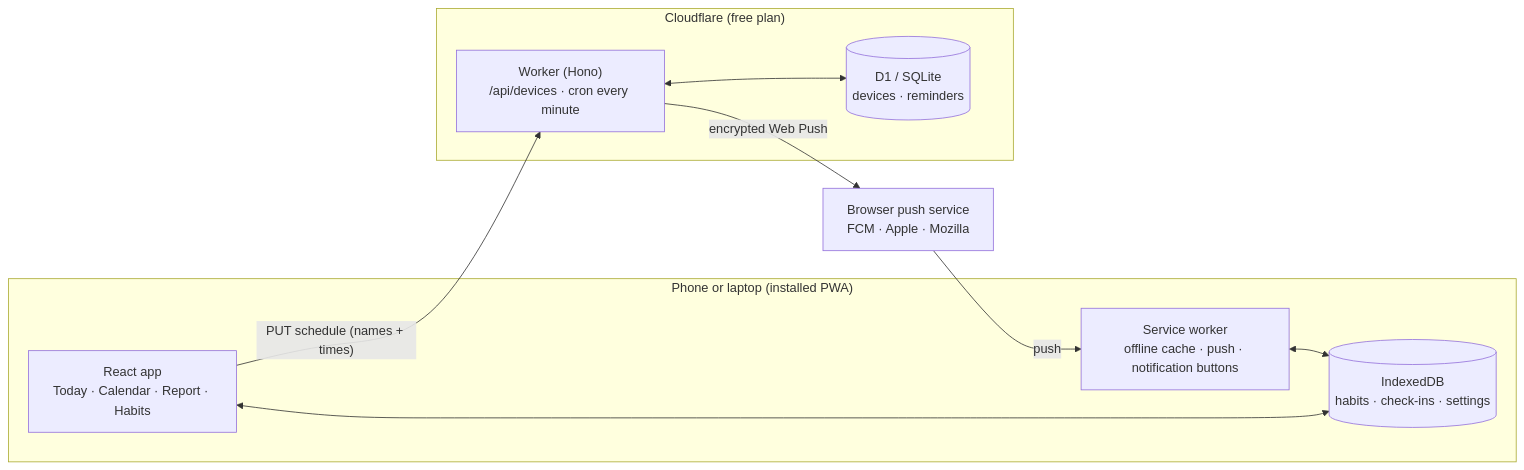
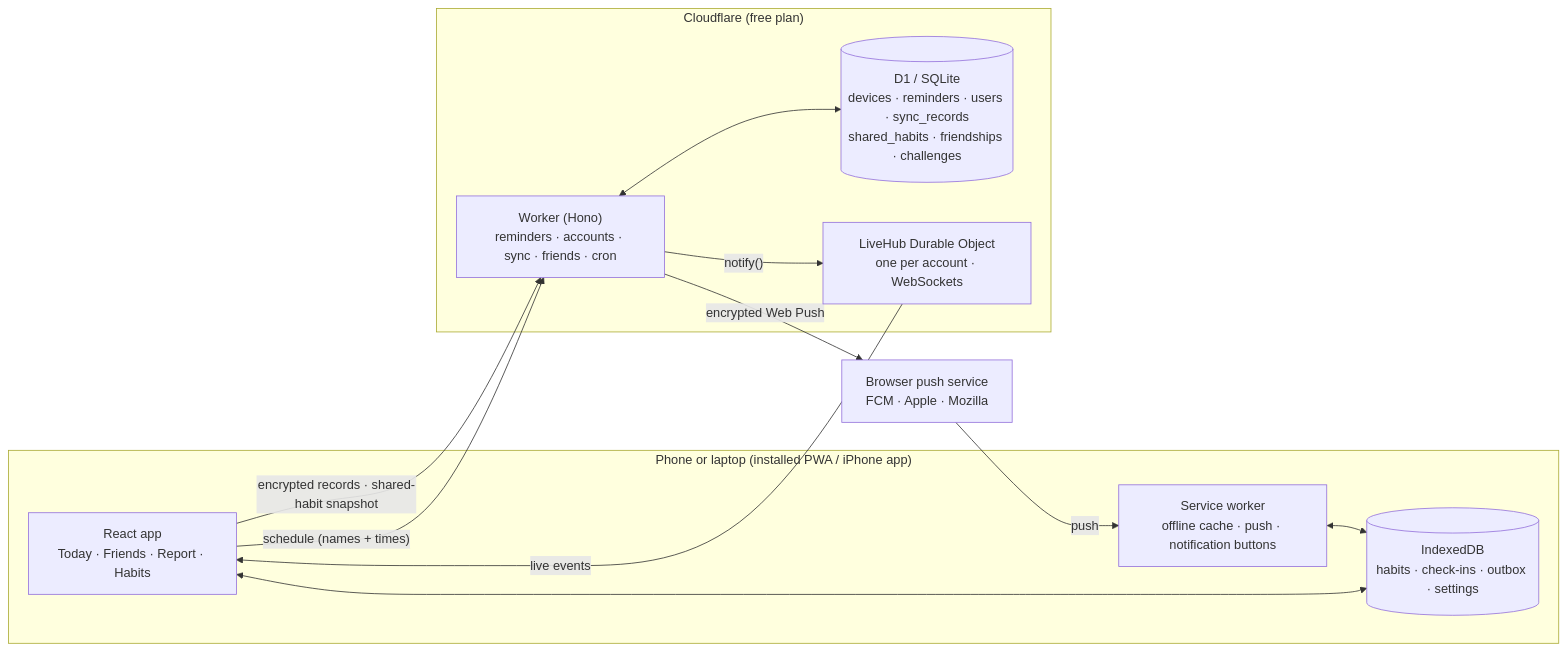
Before and after one commit to mithuncreates99/tell-me: the diagram in docs/ARCHITECTURE.md, drawn with Mermaid. The commit also changed other lines of this file and 59 other files, not shown here.

First line of the commit message:
Accounts, end-to-end encrypted sync and friends with live updates

````diff
--- a/docs/ARCHITECTURE.md
+++ b/docs/ARCHITECTURE.md
@@ -7,19 +7,23 @@
 ```mermaid
 flowchart LR
-  subgraph Phone["Phone or laptop (installed PWA)"]
-    UI["React app<br/>Today · Calendar · Report · Habits"]
+  subgraph Phone["Phone or laptop (installed PWA / iPhone app)"]
+    UI["React app<br/>Today · Friends · Report · Habits"]
     SW["Service worker<br/>offline cache · push · notification buttons"]
-    DB[("IndexedDB<br/>habits · check-ins · settings")]
+    DB[("IndexedDB<br/>habits · check-ins · outbox · settings")]
     UI <--> DB
     SW <--> DB
   end
   subgraph CF["Cloudflare (free plan)"]
-    W["Worker (Hono)<br/>/api/devices · cron every minute"]
-    D1[("D1 / SQLite<br/>devices · reminders")]
+    W["Worker (Hono)<br/>reminders · accounts · sync · friends · cron"]
+    D1[("D1 / SQLite<br/>devices · reminders · users · sync_records<br/>shared_habits · friendships · challenges")]
+    HUB["LiveHub Durable Object<br/>one per account · WebSockets"]
     W <--> D1
+    W -- "notify()" --> HUB
   end
   PS["Browser push service<br/>FCM · Apple · Mozilla"]
-  UI -- "PUT schedule (names + times)" --> W
+  UI -- "schedule (names + times)" --> W
+  UI -- "encrypted records · shared-habit snapshot" --> W
+  HUB -- "live events" --> UI
   W -- "encrypted Web Push" --> PS
   PS -- push --> SW
 ```
````
